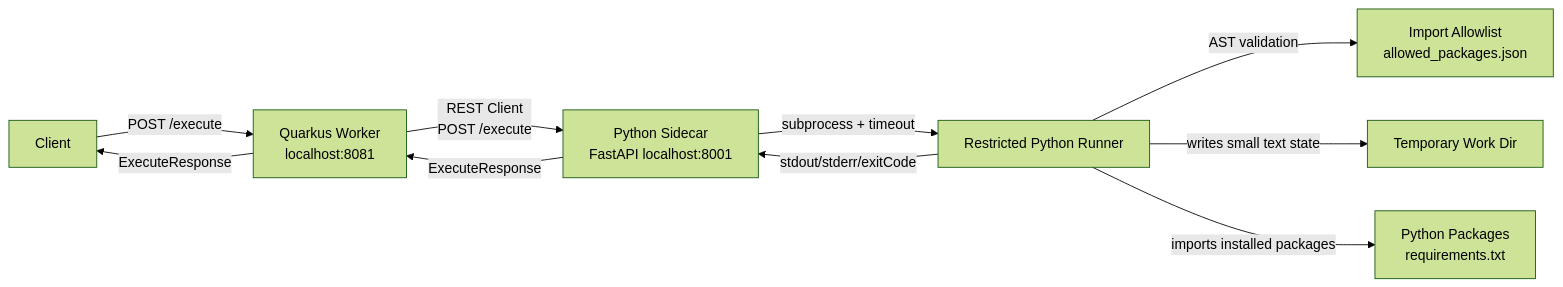
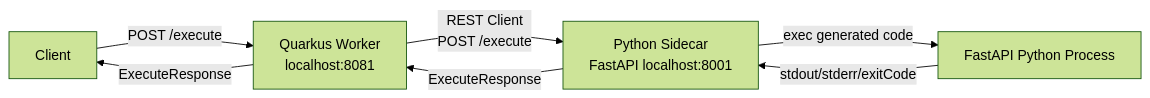
One commit to kyehuang/portal changed the first of 3 diagrams in docs/system-architecture.md. Above: the diagram before and after it, drawn with Mermaid (forest theme). The commit also changed other lines of this file and 15 other files, not shown here.

Commit message:
feat: Switch execute API to script content runner`

````diff
--- a/docs/system-architecture.md
+++ b/docs/system-architecture.md
@@ -5,12 +5,9 @@
 ```mermaid
 flowchart LR
     Client[Client] -->|POST /execute| Worker[Quarkus Worker<br/>localhost:8081]
     Worker -->|REST Client<br/>POST /execute| Sidecar[Python Sidecar<br/>FastAPI localhost:8001]
-    Sidecar -->|subprocess + timeout| Runner[Restricted Python Runner]
-    Runner -->|AST validation| Policy[Import Allowlist<br/>allowed_packages.json]
-    Runner -->|writes small text state| TempDir[Temporary Work Dir]
-    Runner -->|imports installed packages| Packages[Python Packages<br/>requirements.txt]
-    Runner -->|stdout/stderr/exitCode| Sidecar
+    Sidecar -->|exec generated code| Runtime[FastAPI Python Process]
+    Runtime -->|stdout/stderr/exitCode| Sidecar
     Sidecar -->|ExecuteResponse| Worker
     Worker -->|ExecuteResponse| Client
 ```
````
